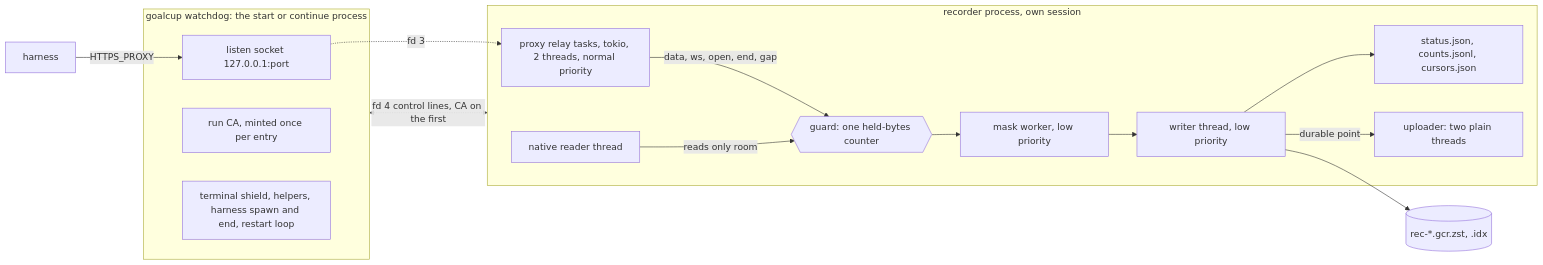
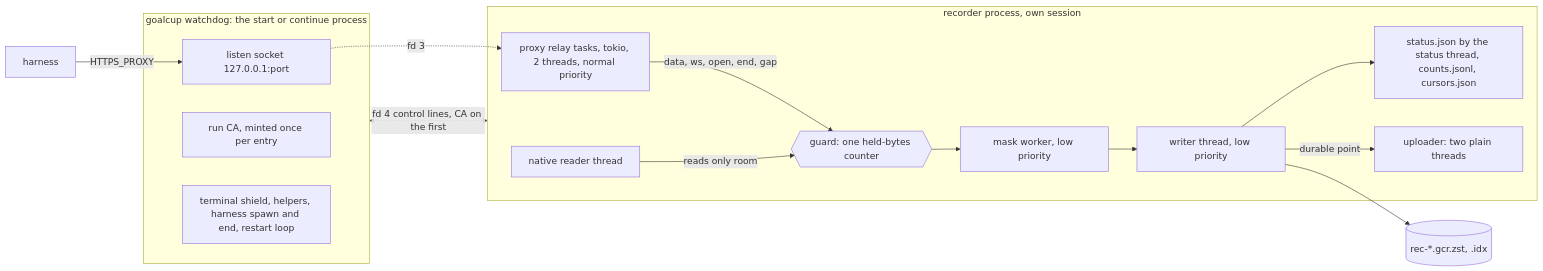
One commit to agentcommunity/goal-cup-proxy changed the diagram in docs/plans/2026-10-30-v1.0/PRD-02-recorder-core.md. Above: the diagram before and after it, drawn with Mermaid. The commit also changed other lines of this file and 78 other files, not shown here.

````diff
--- a/docs/plans/2026-10-30-v1.0/PRD-02-recorder-core.md
+++ b/docs/plans/2026-10-30-v1.0/PRD-02-recorder-core.md
@@ -73,25 +79,25 @@
 ```mermaid
 flowchart LR
   subgraph W[goalcup watchdog: the start or continue process]
     LS[listen socket 127.0.0.1:port]
     CA[run CA, minted once per entry]
     SH[terminal shield, helpers, harness spawn and end, restart loop]
   end
   H[harness] -- HTTPS_PROXY --> LS
   subgraph R[recorder process, own session]
     PX[proxy relay tasks, tokio, 2 threads, normal priority]
     NR[native reader thread]
     G{{guard: one held-bytes counter}}
     MW[mask worker, low priority]
     WT[writer thread, low priority]
-    ST[status.json, counts.jsonl, cursors.json]
+    ST[status.json by the status thread, counts.jsonl, cursors.json]
     UP[uploader: two plain threads]
   end
   LS -. fd 3 .-> PX
   PX -- data, ws, open, end, gap --> G
   NR -- reads only room --> G
   G --> MW --> WT --> PARTS[(rec-*.gcr.zst, .idx)]
   WT --> ST
   WT -- durable point --> UP
   W <-. fd 4 control lines, CA on the first .-> R
 ```
````
